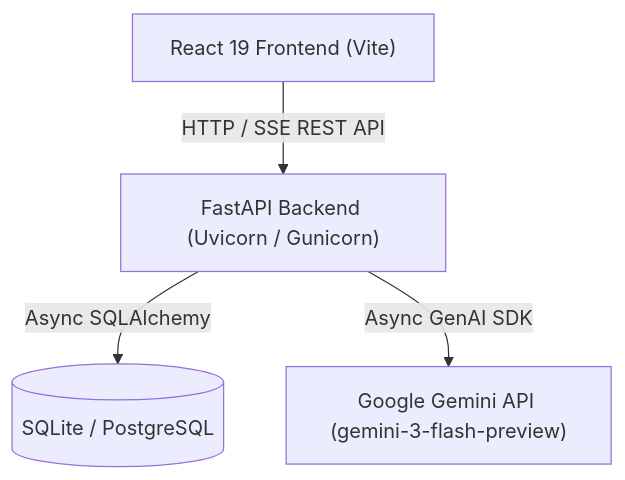
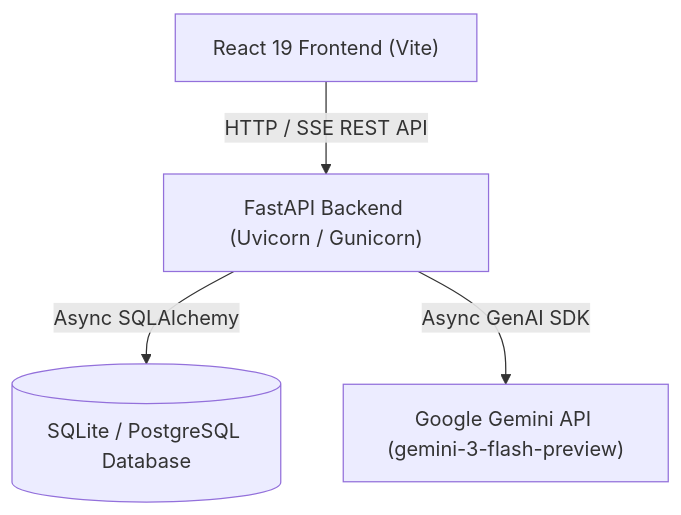
Before and after one commit to Omiiii04/AI_Mini_Project: the diagram in README.md, drawn with Mermaid. The commit also changed other lines of this file, not shown here.

````diff
--- a/README.md
+++ b/README.md
@@ -34,11 +35,11 @@
 ```mermaid
 graph TD
     Client["React 19 Frontend (Vite)"]
     API["FastAPI Backend (Uvicorn / Gunicorn)"]
-    DB[(SQLite / PostgreSQL)]
+    DB[(SQLite / PostgreSQL Database)]
     LLM["Google Gemini API (gemini-3-flash-preview)"]
 
     Client -->|HTTP / SSE REST API| API
     API -->|Async SQLAlchemy| DB
     API -->|Async GenAI SDK| LLM
 ```
````
